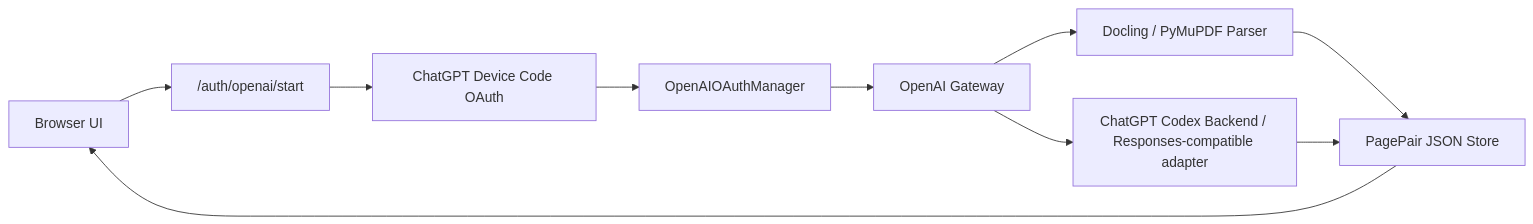
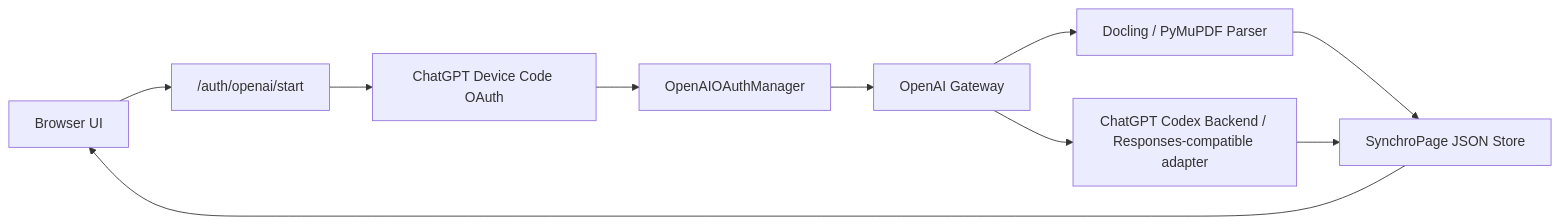
The second of 2 diagrams in docs/decisions/recommended-solution.md (HarryFang30/SynchroPage), drawn with Mermaid before and after one commit. The commit also changed other lines of this file and 32 other files, not shown here.

Commit message:
rebrand app as SynchroPage

````diff
--- a/docs/decisions/recommended-solution.md
+++ b/docs/decisions/recommended-solution.md
@@ -42,12 +42,12 @@
 ```mermaid
 flowchart LR
     A["Browser UI"] --> B["/auth/openai/start"]
     B --> C["ChatGPT Device Code OAuth"]
     C --> D["OpenAIOAuthManager"]
     D --> E["OpenAI Gateway"]
     E --> F["ChatGPT Codex Backend / Responses-compatible adapter"]
     E --> G["Docling / PyMuPDF Parser"]
-    G --> H["PagePair JSON Store"]
+    G --> H["SynchroPage JSON Store"]
     F --> H
     H --> A
 ```
````
